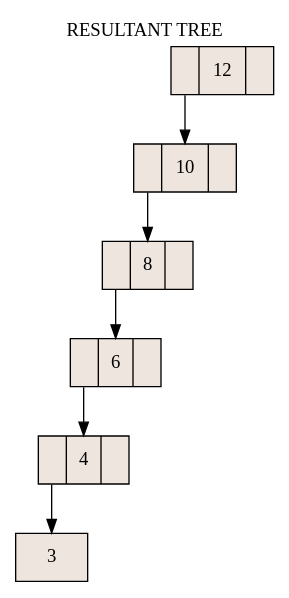
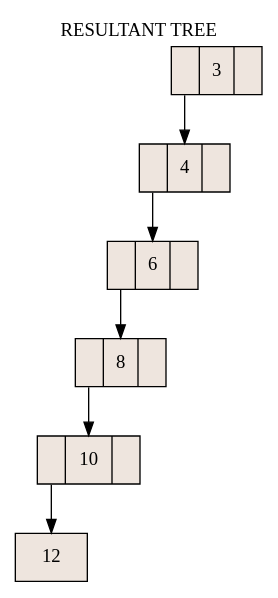
Before and after one commit to eugeniagiuliodori/LambdaInSets: the diagram in GTree.dot, drawn with Graphviz. The commit also changed 7 other files, not shown here.

```diff
--- a/GTree.dot
+++ b/GTree.dot
@@ -1,16 +1,16 @@
 digraph grafica{
 labelloc="t";label ="RESULTANT TREE
 "rankdir=TB;
 node [shape = record, style=filled, fillcolor=seashell2];
-nodo1 [ label ="<C0>|12|<C1>"];
-nodo2 [ label ="<C0>|10|<C1>"];
-nodo3 [ label ="<C0>|8|<C1>"];
-nodo4 [ label ="<C0>|6|<C1>"];
-nodo5 [ label ="<C0>|4|<C1>"];
-nodo6 [ label ="3"];
+nodo1 [ label ="<C0>|3|<C1>"];
+nodo2 [ label ="<C0>|4|<C1>"];
+nodo3 [ label ="<C0>|6|<C1>"];
+nodo4 [ label ="<C0>|8|<C1>"];
+nodo5 [ label ="<C0>|10|<C1>"];
+nodo6 [ label ="12"];
 nodo5:C0->nodo6
 nodo4:C0->nodo5
 nodo3:C0->nodo4
 nodo2:C0->nodo3
 nodo1:C0->nodo2
 }
```
